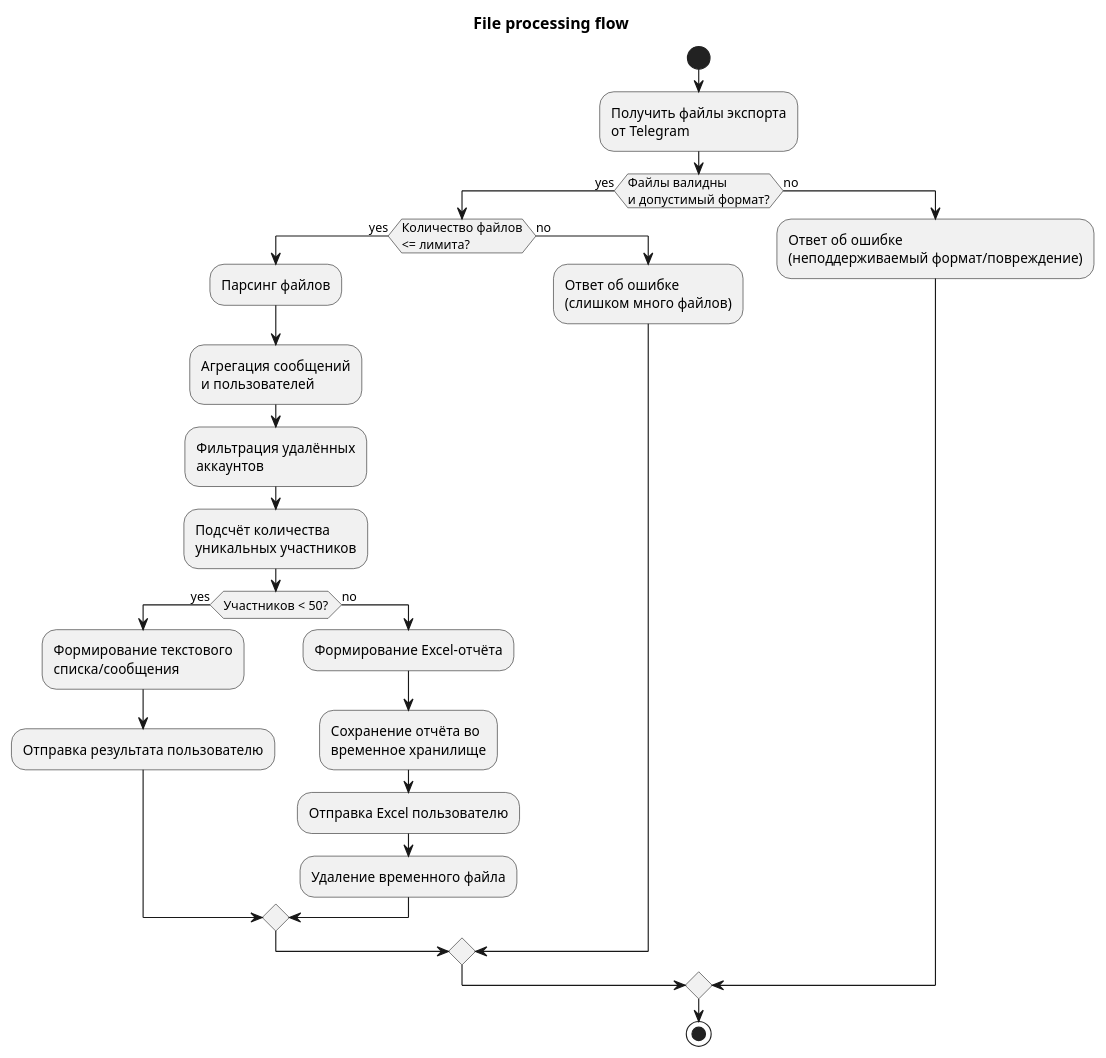
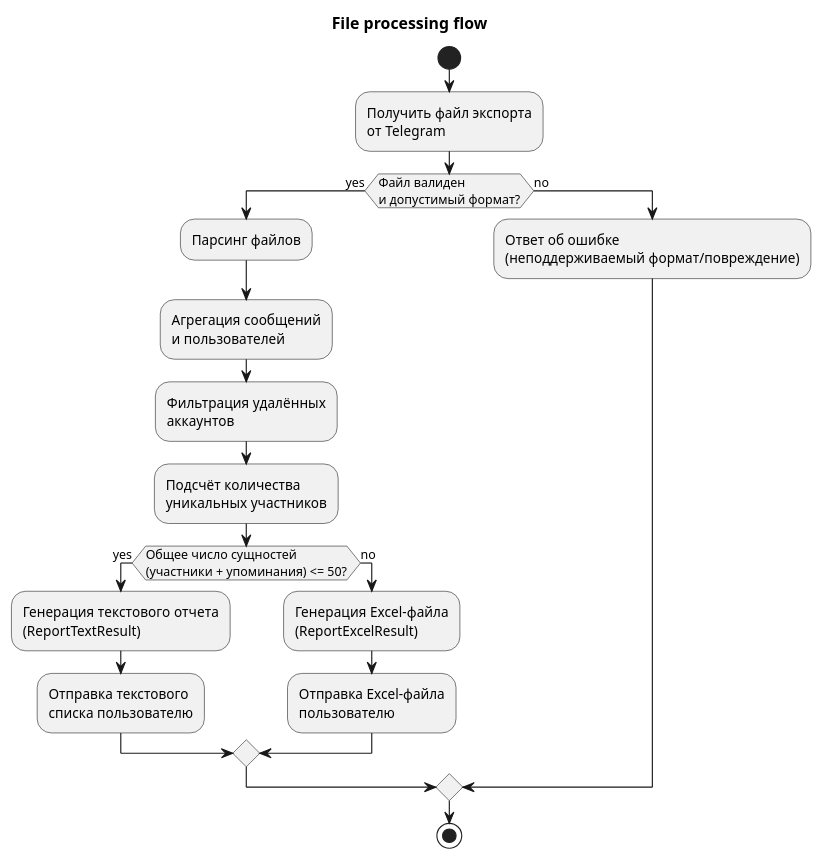
Before and after one commit to vspochernin/chatlas: the diagram in docs/diagrams/flowchart.puml, drawn with PlantUML. The commit also changed 30 other files, not shown here.

```diff
--- a/docs/diagrams/flowchart.puml
+++ b/docs/diagrams/flowchart.puml
@@ -1,30 +1,24 @@
 @startuml flowchart
 title File processing flow
 
 start
 
-:Получить файлы экспорта\nот Telegram;
-if (Файлы валидны\nи допустимый формат?) then (yes)
-  if (Количество файлов\n<= лимита?) then (yes)
+:Получить файл экспорта\nот Telegram;
+if (Файл валиден\nи допустимый формат?) then (yes)
     :Парсинг файлов;
     :Агрегация сообщений\nи пользователей;
     :Фильтрация удалённых\nаккаунтов;
     :Подсчёт количества\nуникальных участников;
-    if (Участников < 50?) then (yes)
-      :Формирование текстового\nсписка/сообщения;
-      :Отправка результата пользователю;
+    if (Общее число сущностей\n(участники + упоминания) <= 50?) then (yes)
+      :Генерация текстового отчета\n(ReportTextResult);
+      :Отправка текстового\nсписка пользователю;
     else (no)
-      :Формирование Excel-отчёта;
-      :Сохранение отчёта во\nвременное хранилище;
-      :Отправка Excel пользователю;
-      :Удаление временного файла;
+      :Генерация Excel-файла\n(ReportExcelResult);
+      :Отправка Excel-файла\nпользователю;
     endif
-  else (no)
-    :Ответ об ошибке\n(слишком много файлов);
-  endif
 else (no)
   :Ответ об ошибке\n(неподдерживаемый формат/повреждение);
 endif
 
 stop
 @enduml
```
